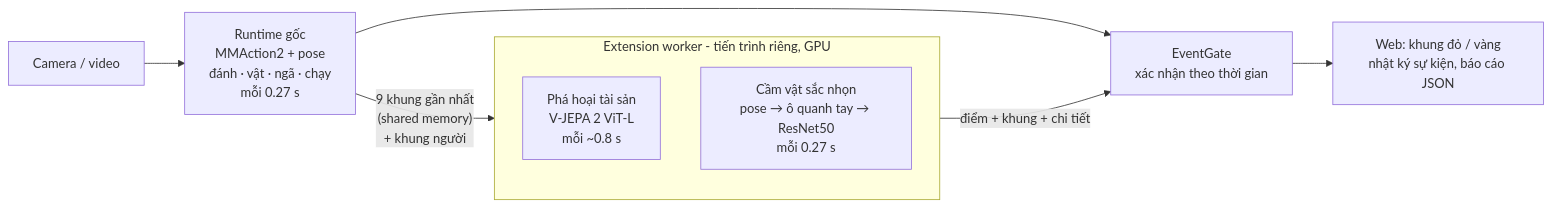
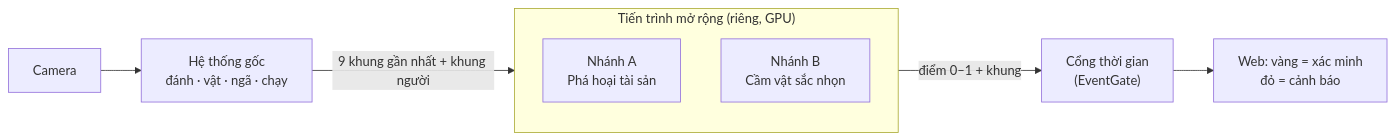
The first of 6 diagrams in docs/bao-ve-pha-hoai-va-vat-sac-nhon.md (TranDuon/anomaly-behavior-detector-system), drawn with Mermaid before and after one commit. The commit also changed other lines of this file, not shown here.

````diff
--- a/docs/bao-ve-pha-hoai-va-vat-sac-nhon.md
+++ b/docs/bao-ve-pha-hoai-va-vat-sac-nhon.md
@@ -14,12 +10,11 @@
 ```mermaid
 flowchart LR
-    CAM[Camera / video] --> CORE[Runtime gốc<br/>MMAction2 + pose<br/>đánh · vật · ngã · chạy<br/>mỗi 0.27 s]
-    CORE -- "9 khung gần nhất<br/>(shared memory)<br/>+ khung người" --> W[Extension worker<br/>tiến trình riêng]
-    subgraph W[Extension worker - tiến trình riêng, GPU]
-        V[Phá hoại tài sản<br/>V-JEPA 2 ViT-L<br/>mỗi ~0.8 s]
-        S[Cầm vật sắc nhọn<br/>pose → ô quanh tay → ResNet50<br/>mỗi 0.27 s]
+    CAM[Camera] --> CORE["Hệ thống gốc<br/>đánh · vật · ngã · chạy"]
+    CORE -- "9 khung gần nhất + khung người" --> WK
+    subgraph WK["Tiến trình mở rộng (riêng, GPU)"]
+        V["Nhánh A<br/>Phá hoại tài sản"]
+        S["Nhánh B<br/>Cầm vật sắc nhọn"]
     end
-    W -- "điểm + khung + chi tiết" --> GATE[EventGate<br/>xác nhận theo thời gian]
-    CORE --> GATE
-    GATE --> UI[Web: khung đỏ / vàng<br/>nhật ký sự kiện, báo cáo JSON]
+    WK -- "điểm 0–1 + khung" --> GATE["Cổng thời gian<br/>(EventGate)"]
+    GATE --> UI["Web: vàng = xác minh<br/>đỏ = cảnh báo"]
 ```
````
